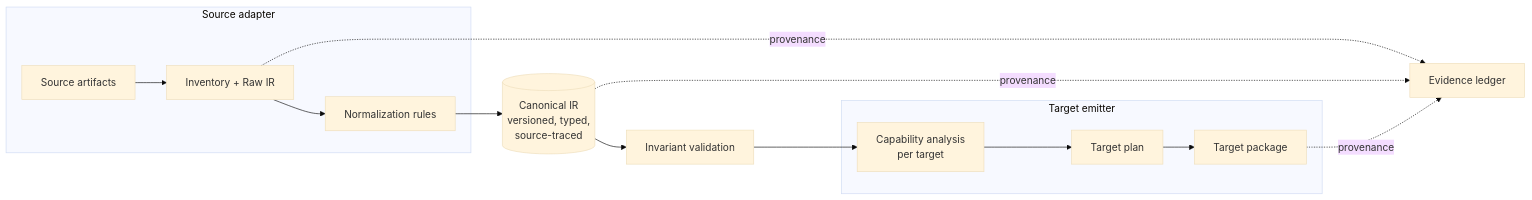
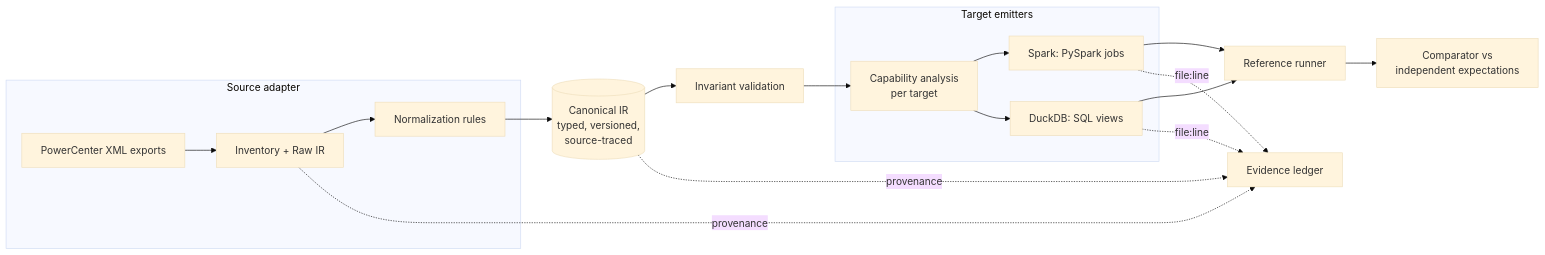
Before and after one commit to shiva-carimireddy/etlir: the diagram in README.md, drawn with Mermaid (base theme). The commit also changed other lines of this file and 80 other files, not shown here.

````diff
--- a/README.md
+++ b/README.md
@@ -27,16 +23,21 @@
 ```mermaid
 flowchart LR
   subgraph S[Source adapter]
-    A[Source artifacts] --> B[Inventory + Raw IR]
+    A[PowerCenter XML exports] --> B[Inventory + Raw IR]
     B --> C[Normalization rules]
   end
-  C --> D[(Canonical IR<br/>versioned, typed,<br/>source-traced)]
+  C --> D[(Canonical IR<br/>typed, versioned,<br/>source-traced)]
   D --> E[Invariant validation]
   E --> F[Capability analysis<br/>per target]
-  subgraph T[Target emitter]
-    F --> G[Target plan] --> H[Target package]
+  subgraph T[Target emitters]
+    F --> G[Spark: PySpark jobs]
+    F --> H[DuckDB: SQL views]
   end
+  G --> R[Reference runner]
+  H --> R
+  R --> K[Comparator vs<br/>independent expectations]
   B -. provenance .-> X[Evidence ledger]
   D -. provenance .-> X
-  H -. provenance .-> X
+  G -. file:line .-> X
+  H -. file:line .-> X
 ```
````
